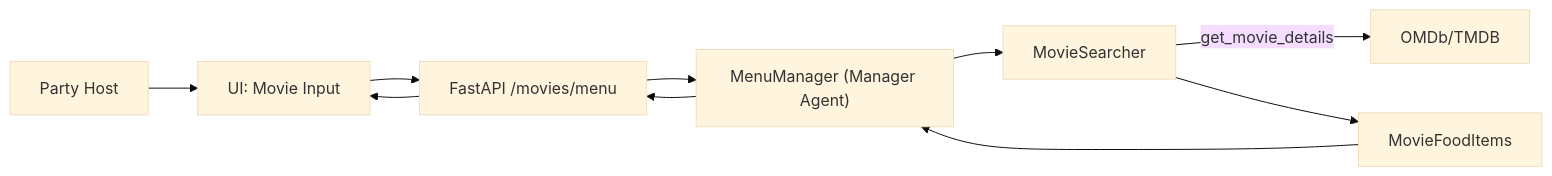
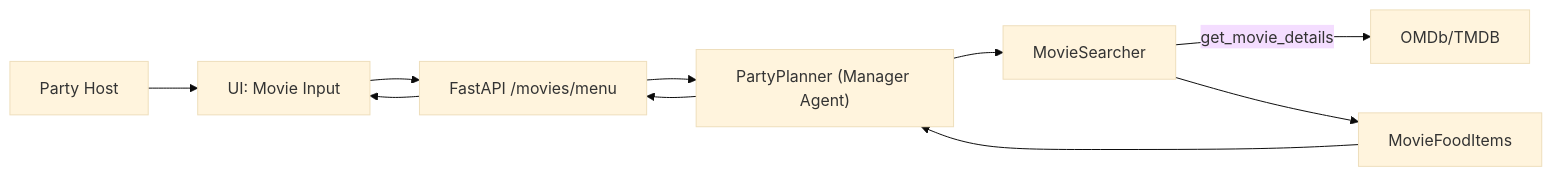
The diagram in agents-setup.mmd (abhishekbasu/flickfeast), drawn with Mermaid (base theme) before and after one commit. The commit also changed 9 other files, not shown here.

Commit message:
Refine agent flow and menu parsing

```diff
--- a/agents-setup.mmd
+++ b/agents-setup.mmd
@@ -1,10 +1,10 @@
 flowchart LR
     Host["Party Host"] --> UI["UI: Movie Input"]
     UI --> API["FastAPI /movies/menu"]
-    API --> Manager["MenuManager (Manager Agent)"]
+    API --> Manager["PartyPlanner (Manager Agent)"]
     Manager --> Searcher["MovieSearcher"]
     Searcher -->|"get_movie_details"| MovieAPI["OMDb/TMDB"]
     Searcher --> Food["MovieFoodItems"]
     Food --> Manager
     Manager --> API
     API --> UI
```
